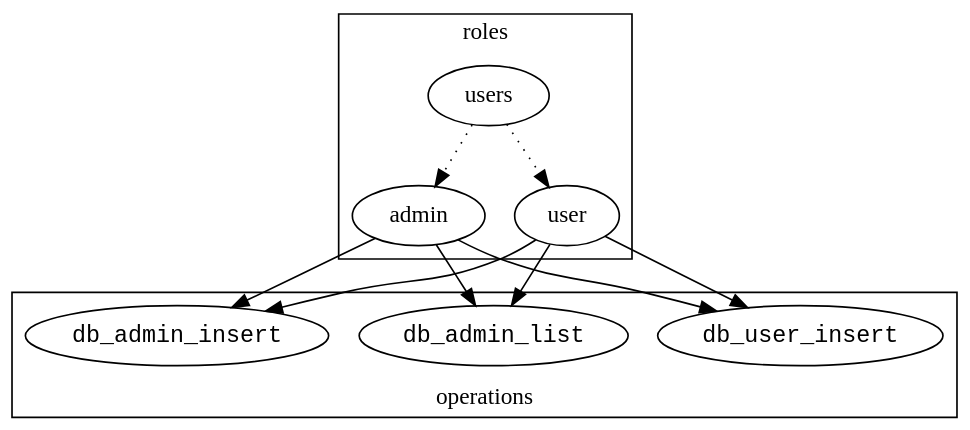
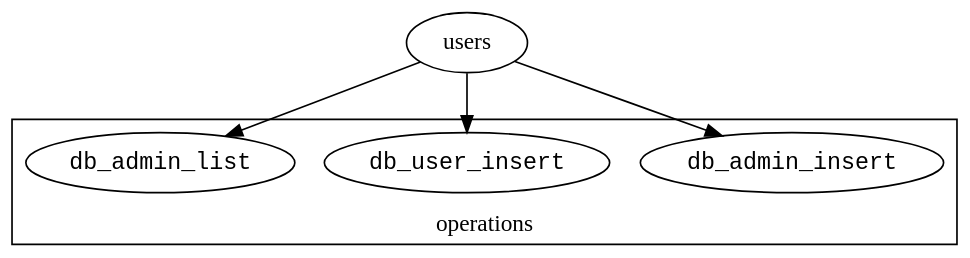
Before and after one commit to kristapsdz/bchs: the diagram in rbac-fig1.dot, drawn with Graphviz. The commit also changed 5 other files, not shown here.

```diff
--- a/rbac-fig1.dot
+++ b/rbac-fig1.dot
@@ -1,24 +1,17 @@
 digraph {
 	bgcolor="transparent";
 
-	subgraph cluster0 {
-		label="roles";
-		users -> admin[style="dotted"];
-		users -> user[style="dotted"];
-	}
+	users;
 
 	subgraph cluster1 {
 		label="operations";
 		labelloc="b";
 		createadmin[label="db_admin_insert", fontname="monospace"];
 		createuser[label="db_user_insert", fontname="monospace"];
 		listadmin[label="db_admin_list", fontname="monospace"];
 	}
 
-	admin -> createadmin;
-	user -> createadmin;
-	admin -> listadmin;
-	user -> listadmin;
-	admin -> createuser;
-	user -> createuser;
+	users -> createadmin;
+	users -> listadmin;
+	users -> createuser;
 }
```
